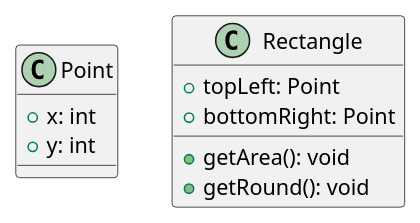
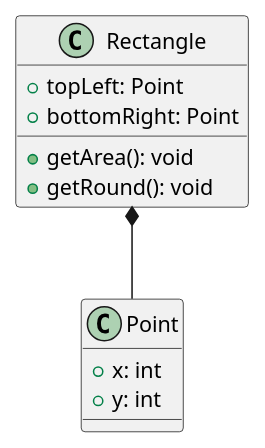
One commit to orm-camp-flutter-2ki/learn_dart_together changed the diagram in lib/240312/practice5/rectangle_class_diagram.puml. Above: the diagram before and after it, drawn with PlantUML.

Commit message:
feat: Rectanlge 다이어그램 수정

```diff
--- a/lib/240312/practice5/rectangle_class_diagram.puml
+++ b/lib/240312/practice5/rectangle_class_diagram.puml
@@ -1,15 +1,17 @@
 @startuml
 
 class Point {
 +x: int
 +y: int
 }
 
 class Rectangle {
 +topLeft: Point
 +bottomRight: Point
 +getArea(): void
 +getRound(): void
 }
 
+Rectangle *-- Point
+
 @enduml
```
